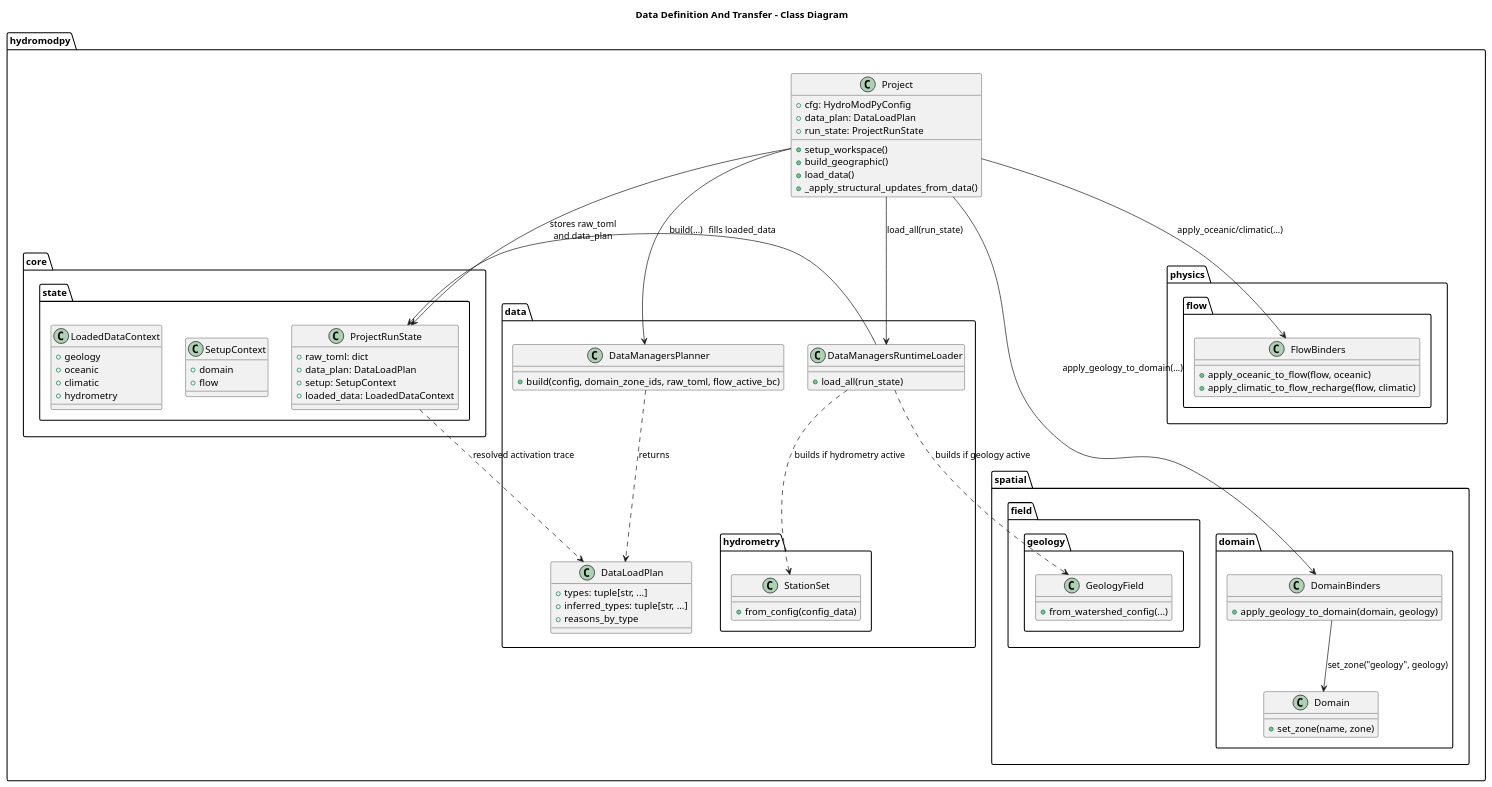
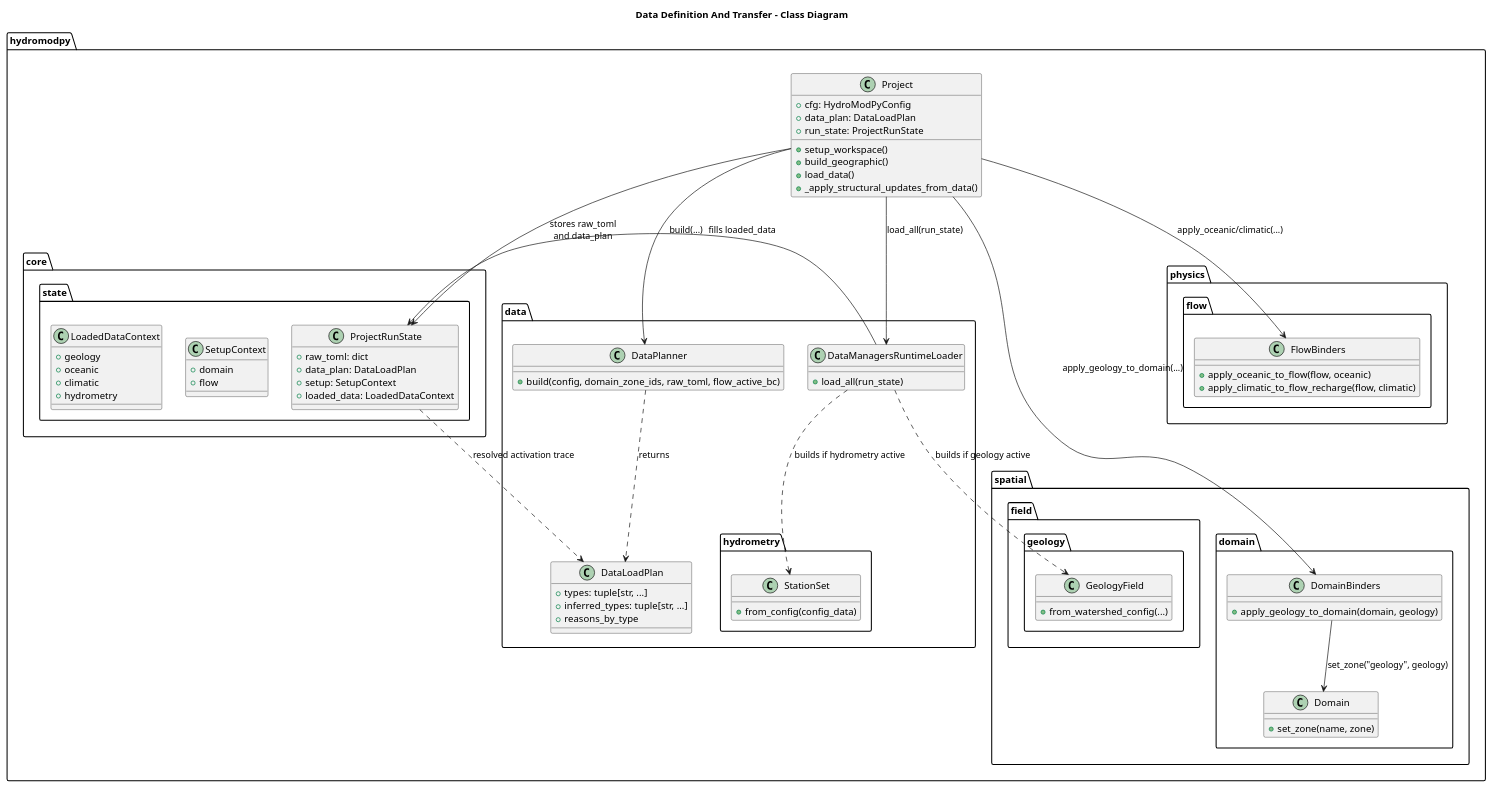
The diagram in docs/source/architecture/data_loading/diagrams/data_definition_transfer_class.wsd (HydroModPy/HydroModPy), drawn with PlantUML before and after one commit. The commit also changed 7 other files, not shown here.

Commit message:
[docs] - clean architecture pipeline ghost and DataManagersPlanner references

```diff
--- a/docs/source/architecture/data_loading/diagrams/data_definition_transfer_class.wsd
+++ b/docs/source/architecture/data_loading/diagrams/data_definition_transfer_class.wsd
@@ -1,96 +1,96 @@
 @startuml
 title Data Definition And Transfer - Class Diagram
 
 package "hydromodpy" {
   class Project {
     +cfg: HydroModPyConfig
     +data_plan: DataLoadPlan
     +run_state: ProjectRunState
     +setup_workspace()
     +build_geographic()
     +load_data()
     +_apply_structural_updates_from_data()
   }
 }
 
 package "hydromodpy.core.state" {
   class ProjectRunState {
     +raw_toml: dict
     +data_plan: DataLoadPlan
     +setup: SetupContext
     +loaded_data: LoadedDataContext
   }
 
   class SetupContext {
     +domain
     +flow
   }
 
   class LoadedDataContext {
     +geology
     +oceanic
     +climatic
     +hydrometry
   }
 }
 
 package "hydromodpy.data" {
-  class DataManagersPlanner {
+  class DataPlanner {
     +build(config, domain_zone_ids, raw_toml, flow_active_bc)
   }
 
   class DataLoadPlan {
     +types: tuple[str, ...]
     +inferred_types: tuple[str, ...]
     +reasons_by_type
   }
 
   class DataManagersRuntimeLoader {
     +load_all(run_state)
   }
 }
 
 package "hydromodpy.spatial.field.geology" {
   class GeologyField {
     +from_watershed_config(...)
   }
 }
 
 package "hydromodpy.data.hydrometry" {
   class StationSet {
     +from_config(config_data)
   }
 }
 
 package "hydromodpy.spatial.domain" {
   class Domain {
     +set_zone(name, zone)
   }
 
   class DomainBinders {
     +apply_geology_to_domain(domain, geology)
   }
 }
 
 package "hydromodpy.physics.flow" {
   class FlowBinders {
     +apply_oceanic_to_flow(flow, oceanic)
     +apply_climatic_to_flow_recharge(flow, climatic)
   }
 }
 
-Project --> DataManagersPlanner : build(...)
-DataManagersPlanner ..> DataLoadPlan : returns
+Project --> DataPlanner : build(...)
+DataPlanner ..> DataLoadPlan : returns
 Project --> ProjectRunState : stores raw_toml\nand data_plan
 Project --> DataManagersRuntimeLoader : load_all(run_state)
 DataManagersRuntimeLoader --> ProjectRunState : fills loaded_data
 
 DataManagersRuntimeLoader ..> GeologyField : builds if geology active
 DataManagersRuntimeLoader ..> StationSet : builds if hydrometry active
 
 Project --> DomainBinders : apply_geology_to_domain(...)
 DomainBinders --> Domain : set_zone("geology", geology)
 Project --> FlowBinders : apply_oceanic/climatic(...)
 
 ProjectRunState ..> DataLoadPlan : resolved activation trace
 @enduml
```
